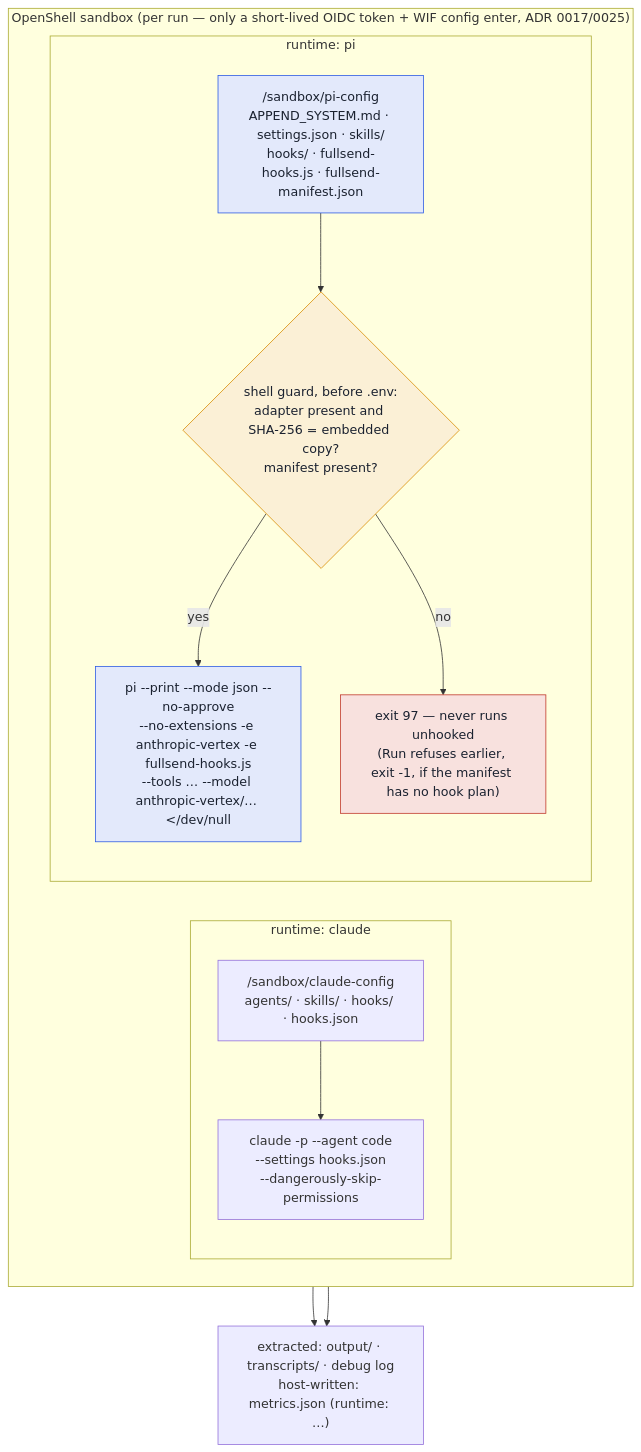
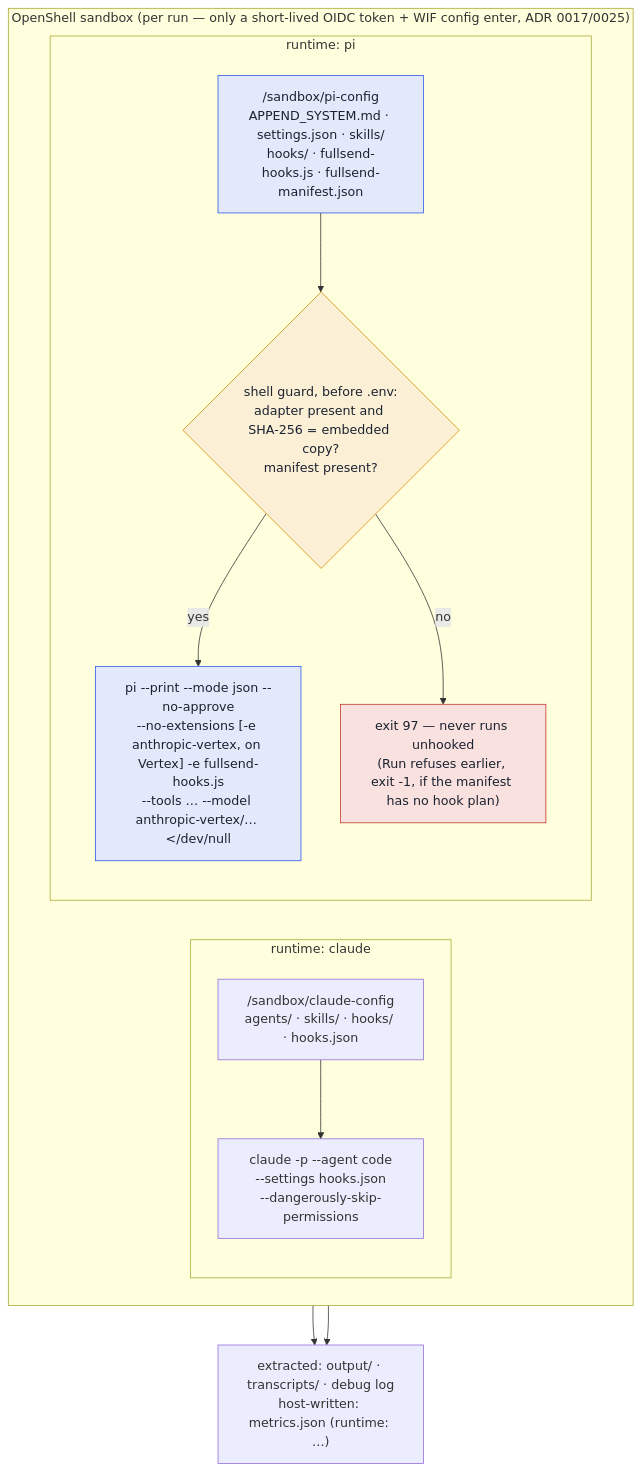
The second of 2 diagrams in docs/architecture.md (Benkapner/fullsend), drawn with Mermaid before and after one commit. The commit also changed 4 other files, not shown here.

````diff
--- a/docs/architecture.md
+++ b/docs/architecture.md
@@ -830,31 +830,31 @@
 ```mermaid
 flowchart TB
   subgraph SB["OpenShell sandbox (per run — only a short-lived OIDC token + WIF config enter, ADR 0017/0025)"]
     direction LR
     subgraph CL["runtime: claude"]
       direction TB
       C1["/sandbox/claude-config\nagents/ · skills/ · hooks/ · hooks.json"]
       C2["claude -p --agent code\n--settings hooks.json\n--dangerously-skip-permissions"]
       C1 --> C2
     end
     subgraph PL["runtime: pi"]
       direction TB
       P1["/sandbox/pi-config\nAPPEND_SYSTEM.md · settings.json · skills/\nhooks/ · fullsend-hooks.js · fullsend-manifest.json"]
       P0{"shell guard, before .env:\nadapter present and SHA-256 = embedded copy?\nmanifest present?"}
-      P2["pi --print --mode json --no-approve\n--no-extensions -e anthropic-vertex -e fullsend-hooks.js\n--tools … --model anthropic-vertex/… #lt;/dev/null"]
+      P2["pi --print --mode json --no-approve\n--no-extensions [-e anthropic-vertex, on Vertex] -e fullsend-hooks.js\n--tools … --model anthropic-vertex/… #lt;/dev/null"]
       PX["exit 97 — never runs unhooked\n(Run refuses earlier, exit -1, if the manifest has no hook plan)"]
       P1 --> P0
       P0 -- yes --> P2
       P0 -- no --> PX
     end
   end
   OUT["extracted: output/ · transcripts/ · debug log\nhost-written: metrics.json (runtime: …)"]
   C2 --> OUT
   P2 --> OUT
   classDef guard fill:#fbf0d6,stroke:#d98e04,color:#1b2230;
   classDef bad fill:#f8e1de,stroke:#c0392b,color:#1b2230;
   classDef opt fill:#e3e9fb,stroke:#2d5be3,color:#1b2230;
   class P0 guard;
   class PX bad;
   class P1,P2 opt;
 ```
````
